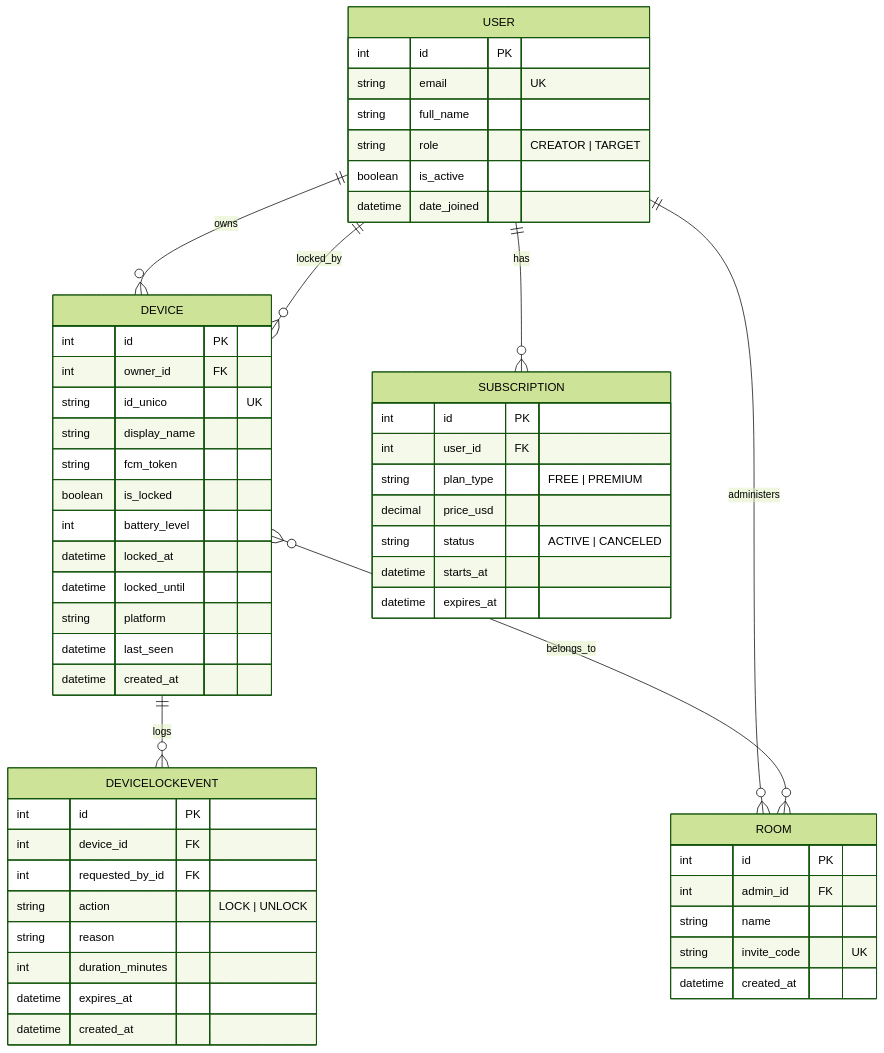
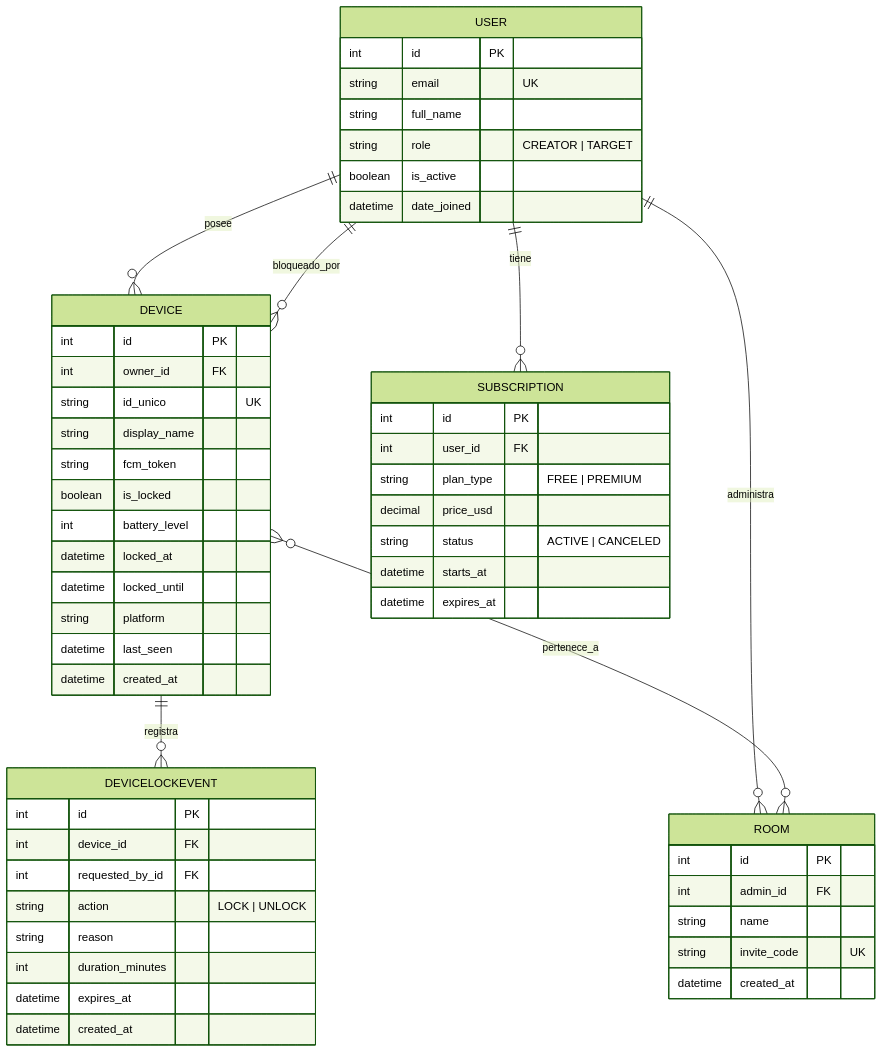
The second of 4 diagrams in README.md (JORGUINHO98/secure-lock), drawn with Mermaid (forest theme) before and after one commit. The commit also changed other lines of this file, not shown here.

Commit message:
actualizacion

````diff
--- a/README.md
+++ b/README.md
@@ -82,62 +82,62 @@
 ```mermaid
 erDiagram
-    USER ||--o{ DEVICE : owns
-    USER ||--o{ ROOM : administers
-    USER ||--o{ SUBSCRIPTION : has
-    DEVICE ||--o{ DEVICELOCKEVENT : logs
-    DEVICE }o--|| USER : locked_by
-    DEVICE }o--o{ ROOM : belongs_to
+    USER ||--o{ DEVICE : posee
+    USER ||--o{ ROOM : administra
+    USER ||--o{ SUBSCRIPTION : tiene
+    DEVICE ||--o{ DEVICELOCKEVENT : registra
+    DEVICE }o--|| USER : bloqueado_por
+    DEVICE }o--o{ ROOM : pertenece_a
     
     USER {
         int id PK
         string email "UK"
         string full_name
         string role "CREATOR | TARGET"
         boolean is_active
         datetime date_joined
     }
     
     DEVICE {
         int id PK
         int owner_id FK
         string id_unico "UK"
         string display_name
         string fcm_token
         boolean is_locked
         int battery_level
         datetime locked_at
         datetime locked_until
         string platform
         datetime last_seen
         datetime created_at
     }
     
     DEVICELOCKEVENT {
         int id PK
         int device_id FK
         int requested_by_id FK
         string action "LOCK | UNLOCK"
         string reason
         int duration_minutes
         datetime expires_at
         datetime created_at
     }
     
     ROOM {
         int id PK
         int admin_id FK
         string name
         string invite_code "UK"
         datetime created_at
     }
     
     SUBSCRIPTION {
         int id PK
         int user_id FK
         string plan_type "FREE | PREMIUM"
         decimal price_usd
         string status "ACTIVE | CANCELED"
         datetime starts_at
         datetime expires_at
     }
 ```
````
